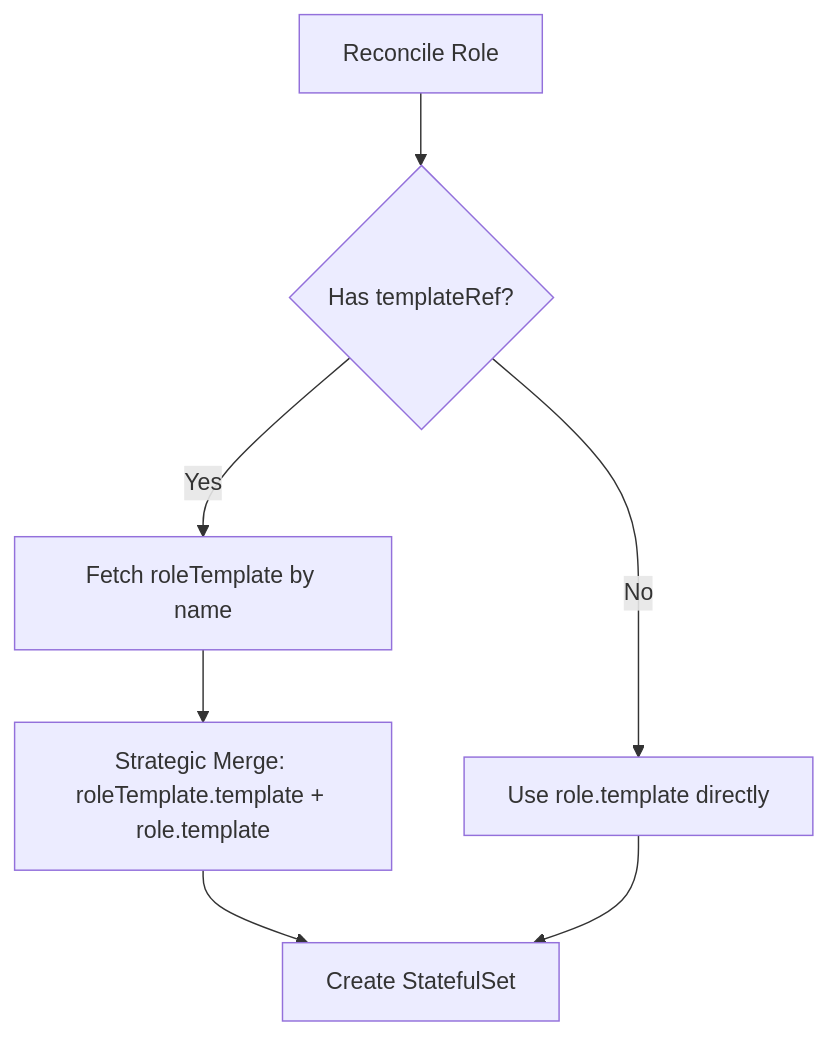
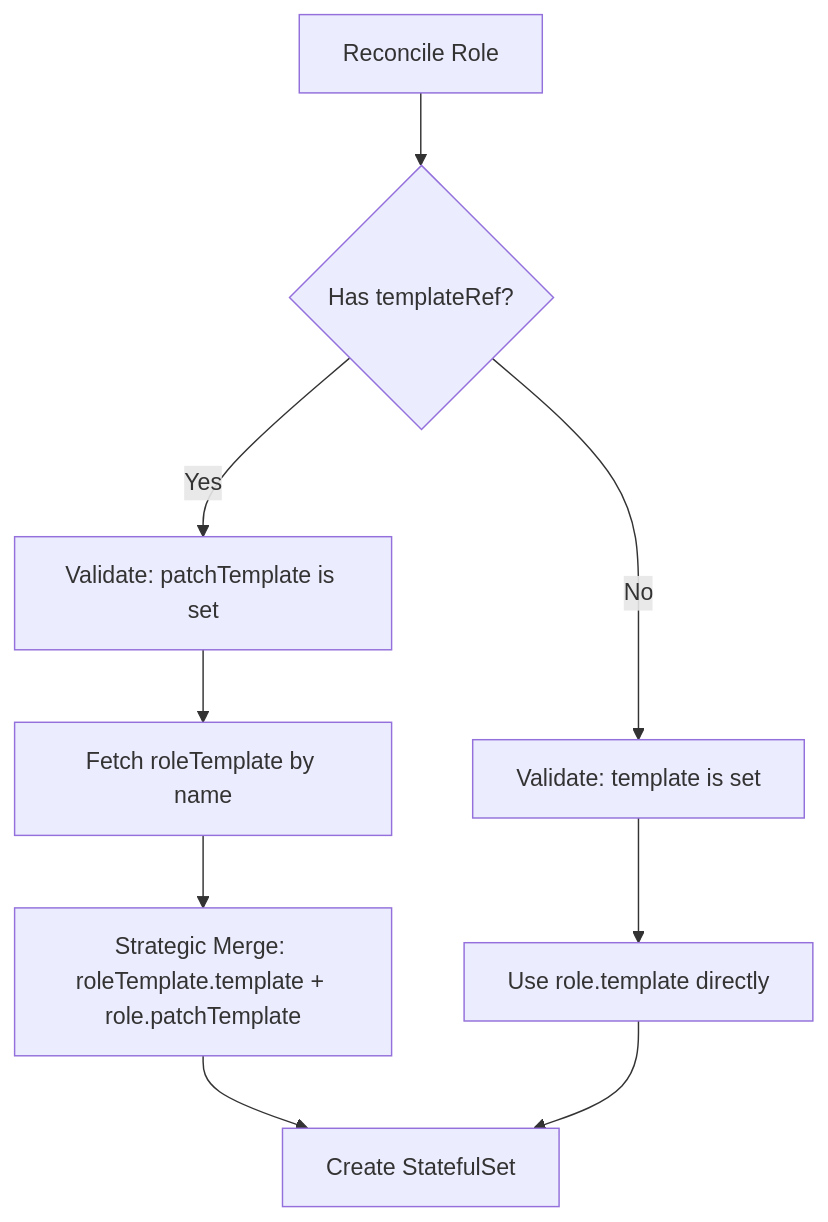
The first of 3 diagrams in keps/8-reduce-yaml-duplication/README.md (sgl-project/rbg), drawn with Mermaid before and after one commit. The commit also changed other lines of this file, not shown here.

````diff
--- a/keps/8-reduce-yaml-duplication/README.md
+++ b/keps/8-reduce-yaml-duplication/README.md
@@ -227,9 +279,11 @@
 ```mermaid
 flowchart TD
     A[Reconcile Role] --> B{Has templateRef?}
-    B -->|Yes| C[Fetch roleTemplate by name]
-    C --> D[Strategic Merge: roleTemplate.template + role.template]
-    D --> E[Create StatefulSet]
-    B -->|No| F[Use role.template directly]
-    F --> E
+    B -->|Yes| C[Validate: patchTemplate is set]
+    C --> D[Fetch roleTemplate by name]
+    D --> E[Strategic Merge: roleTemplate.template + role.patchTemplate]
+    E --> F[Create StatefulSet]
+    B -->|No| G[Validate: template is set]
+    G --> H[Use role.template directly]
+    H --> F
 ```
````
